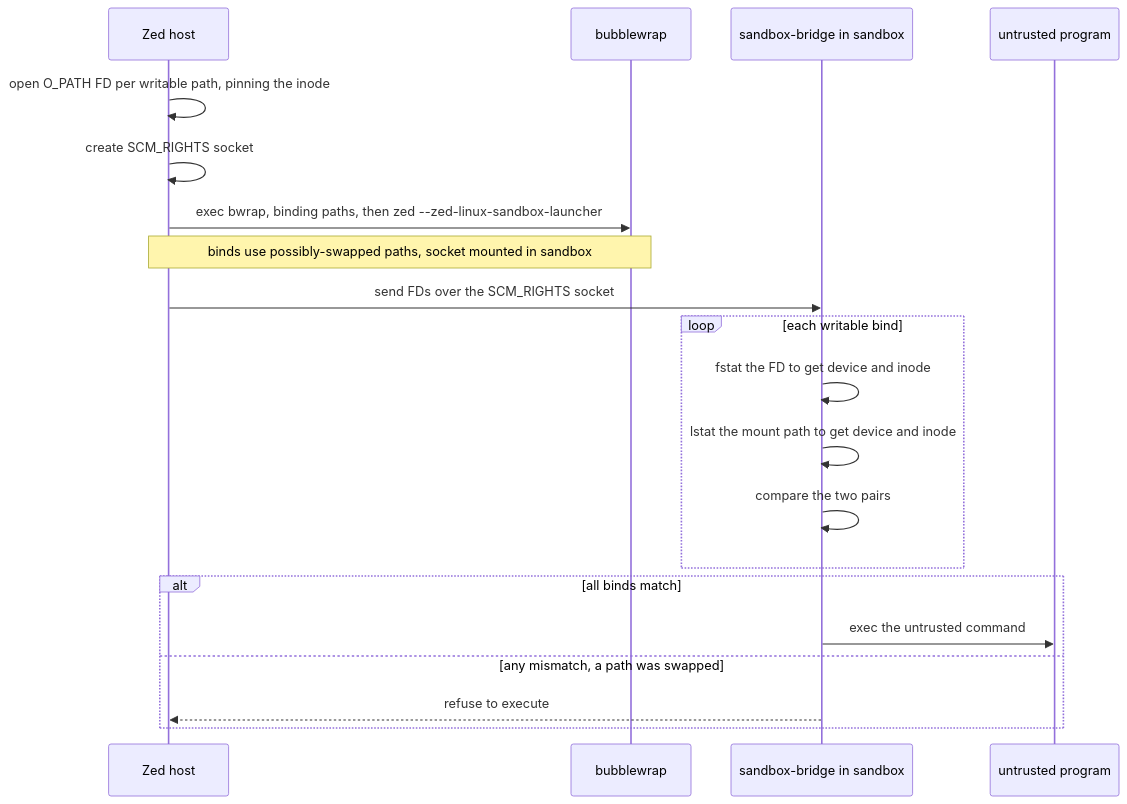
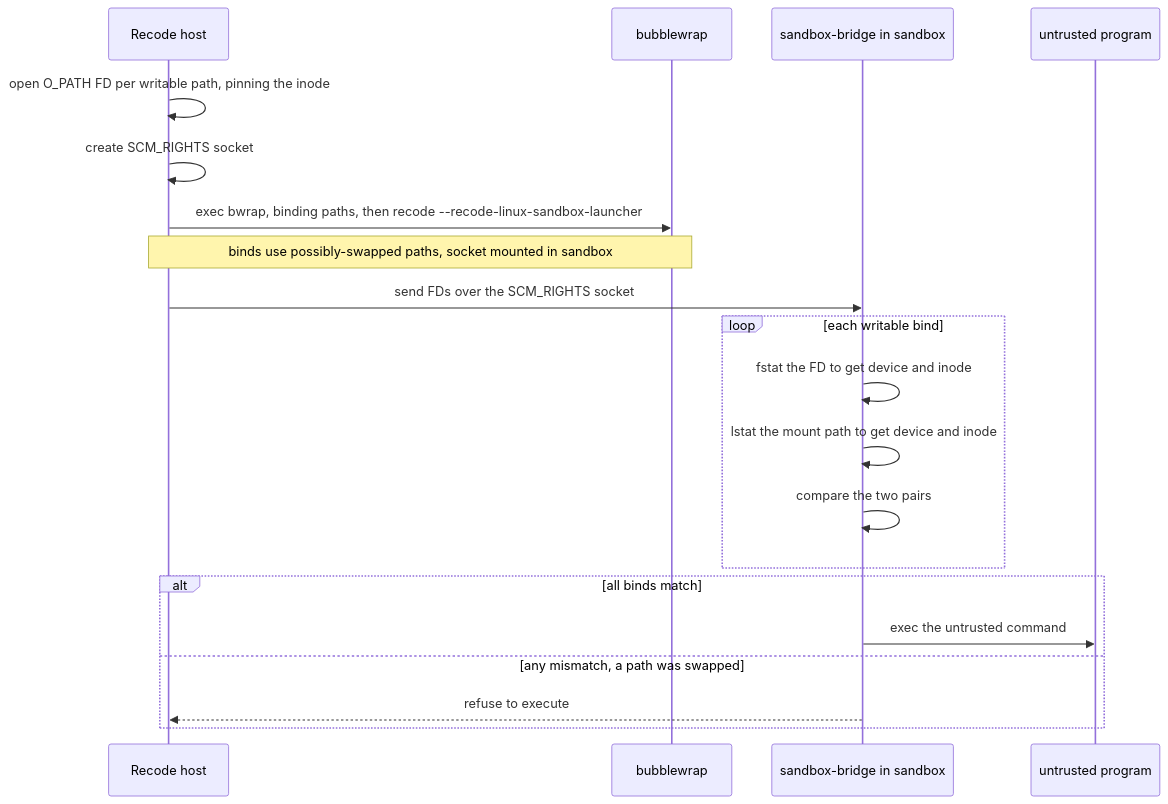
The second of 2 diagrams in crates/sandbox/README.md (Fortunehack45/Recode), drawn with Mermaid before and after one commit. The commit also changed other lines of this file and 1338 other files, not shown here.

Commit message:
chore: complete Recode rebranding, open-source licensing, and release packaging fixes

````diff
--- a/crates/sandbox/README.md
+++ b/crates/sandbox/README.md
@@ -205,23 +205,23 @@
 ```mermaid
 sequenceDiagram
-    participant Zed as Zed host
+    participant Recode as Recode host
     participant BW as bubblewrap
     participant Bridge as sandbox-bridge in sandbox
     participant Prog as untrusted program
 
-    Zed->>Zed: open O_PATH FD per writable path, pinning the inode
-    Zed->>Zed: create SCM_RIGHTS socket
-    Zed->>BW: exec bwrap, binding paths, then zed --zed-linux-sandbox-launcher
-    Note over Zed,BW: binds use possibly-swapped paths, socket mounted in sandbox
-    Zed->>Bridge: send FDs over the SCM_RIGHTS socket
+    Recode->>Recode: open O_PATH FD per writable path, pinning the inode
+    Recode->>Recode: create SCM_RIGHTS socket
+    Recode->>BW: exec bwrap, binding paths, then recode --recode-linux-sandbox-launcher
+    Note over Recode,BW: binds use possibly-swapped paths, socket mounted in sandbox
+    Recode->>Bridge: send FDs over the SCM_RIGHTS socket
     loop each writable bind
         Bridge->>Bridge: fstat the FD to get device and inode
         Bridge->>Bridge: lstat the mount path to get device and inode
         Bridge->>Bridge: compare the two pairs
     end
     alt all binds match
         Bridge->>Prog: exec the untrusted command
     else any mismatch, a path was swapped
-        Bridge-->>Zed: refuse to execute
+        Bridge-->>Recode: refuse to execute
     end
 ```
````
